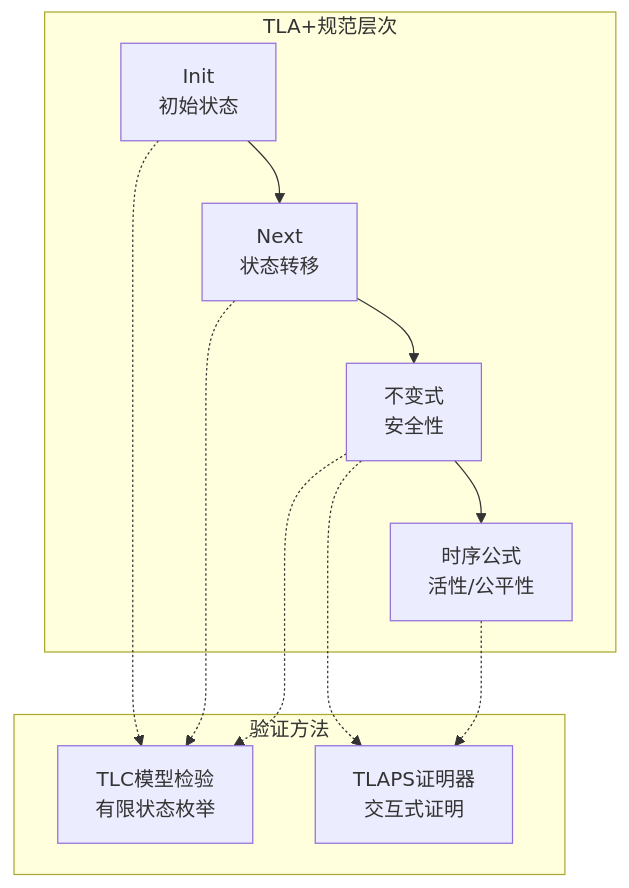
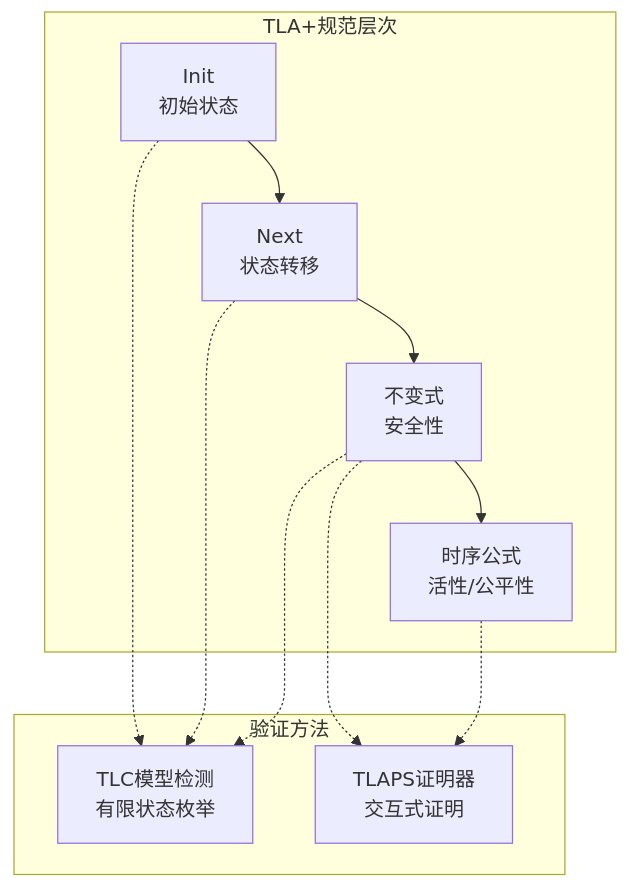
The first of 3 diagrams in formal-methods/03-model-taxonomy/05-verification-methods/01-logic-methods.md (AdaMartin18010/AnalysisDataFlow), drawn with Mermaid before and after one commit. The commit also changed other lines of this file and 129 other files, not shown here.

````diff
--- a/formal-methods/03-model-taxonomy/05-verification-methods/01-logic-methods.md
+++ b/formal-methods/03-model-taxonomy/05-verification-methods/01-logic-methods.md
@@ -335,24 +335,24 @@
 ```mermaid
 graph TB
     subgraph "TLA+规范层次"
         INIT[Init<br/>初始状态]
         NEXT[Next<br/>状态转移]
         INV[不变式<br/>安全性]
         LIVE[时序公式<br/>活性/公平性]
     end
 
     subgraph "验证方法"
-        TLC[TLC模型检验<br/>有限状态枚举]
+        TLC[TLC模型检测<br/>有限状态枚举]
         TLAPS[TLAPS证明器<br/>交互式证明]
     end
 
     INIT --> NEXT
     NEXT --> INV
     INV --> LIVE
 
     INIT -.-> TLC
     NEXT -.-> TLC
     INV -.-> TLC
     INV -.-> TLAPS
     LIVE -.-> TLAPS
 ```
````
